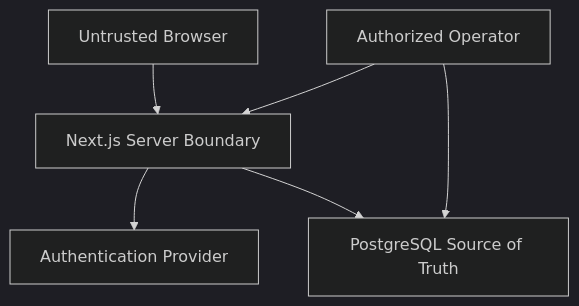
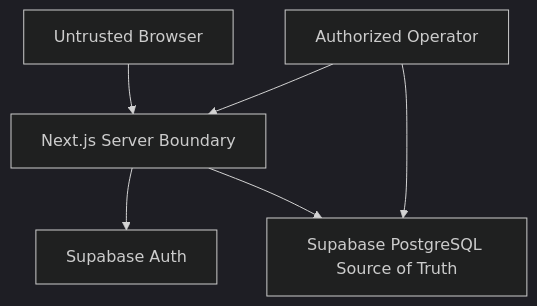
One commit to umarhyl/rintara changed the diagram in docs/engineering/SECURITY_MODEL.md. Above: the diagram before and after it, drawn with Mermaid (dark theme). The commit also changed other lines of this file and 14 other files, not shown here.

Commit message:
docs: update architecture and deployment documentation to reflect Supabase and Vercel integration

````diff
--- a/docs/engineering/SECURITY_MODEL.md
+++ b/docs/engineering/SECURITY_MODEL.md
@@ -23,8 +23,8 @@
 ```mermaid
 flowchart TD
     B["Untrusted Browser"] --> N["Next.js Server Boundary"]
-    N --> I["Authentication Provider"]
-    N --> D["PostgreSQL Source of Truth"]
+    N --> I["Supabase Auth"]
+    N --> D["Supabase PostgreSQL Source of Truth"]
     O["Authorized Operator"] --> N
     O --> D
 ```
````
